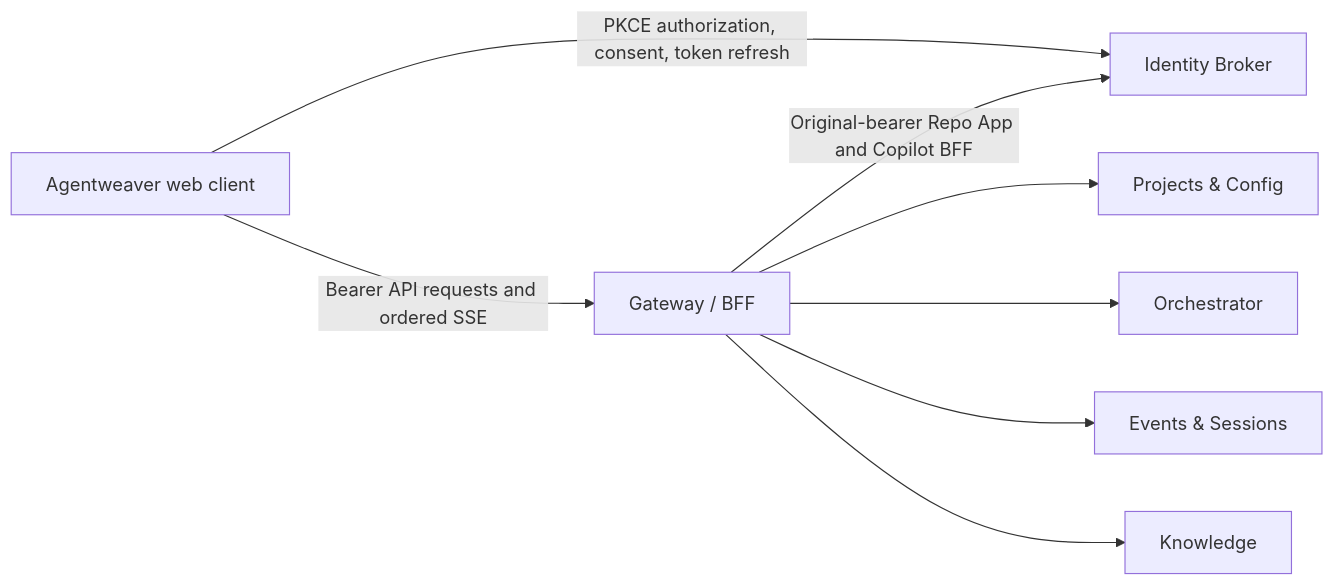
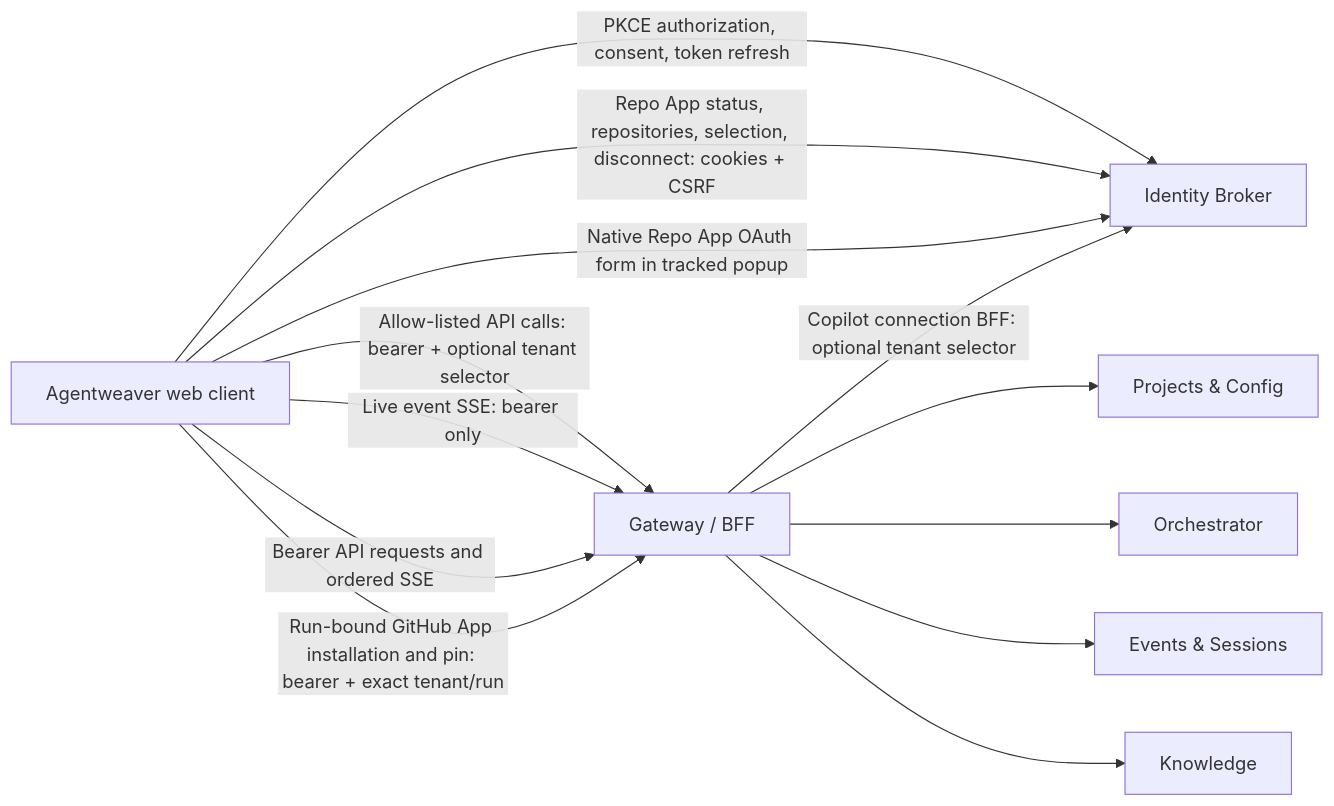
The diagram in docs/guide/web-client.md (sabbour/agentweaver), drawn with Mermaid before and after one commit. The commit also changed other lines of this file and 94 other files, not shown here.

````diff
--- a/docs/guide/web-client.md
+++ b/docs/guide/web-client.md
@@ -8,18 +9,24 @@
 ```mermaid
 flowchart LR
   Browser[Agentweaver web client]
   Broker[Identity Broker]
   Gateway[Gateway / BFF]
   Projects[Projects & Config]
   Orchestrator[Orchestrator]
   Events[Events & Sessions]
   Knowledge[Knowledge]
 
+  Browser -->|Allow-listed API calls: bearer + optional tenant selector| Gateway
+  Browser -->|Live event SSE: bearer only| Gateway
+
   Browser -->|PKCE authorization, consent, token refresh| Broker
   Browser -->|Bearer API requests and ordered SSE| Gateway
-  Gateway -->|Original-bearer Repo App and Copilot BFF| Broker
+  Browser -->|Repo App status, repositories, selection, disconnect: cookies + CSRF| Broker
+  Browser -->|Native Repo App OAuth form in tracked popup| Broker
+  Browser -->|Run-bound GitHub App installation and pin: bearer + exact tenant/run| Gateway
+  Gateway -->|Copilot connection BFF: optional tenant selector| Broker
   Gateway --> Projects
   Gateway --> Orchestrator
   Gateway --> Events
   Gateway --> Knowledge
 ```
````
